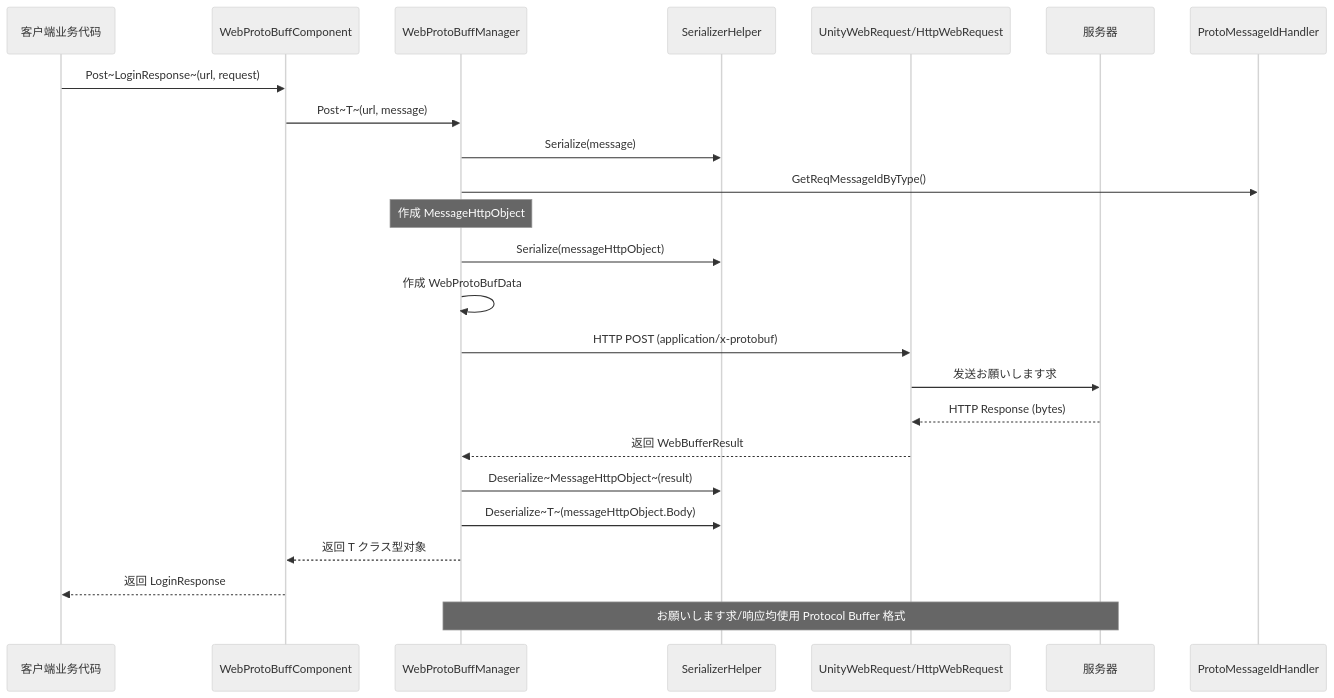
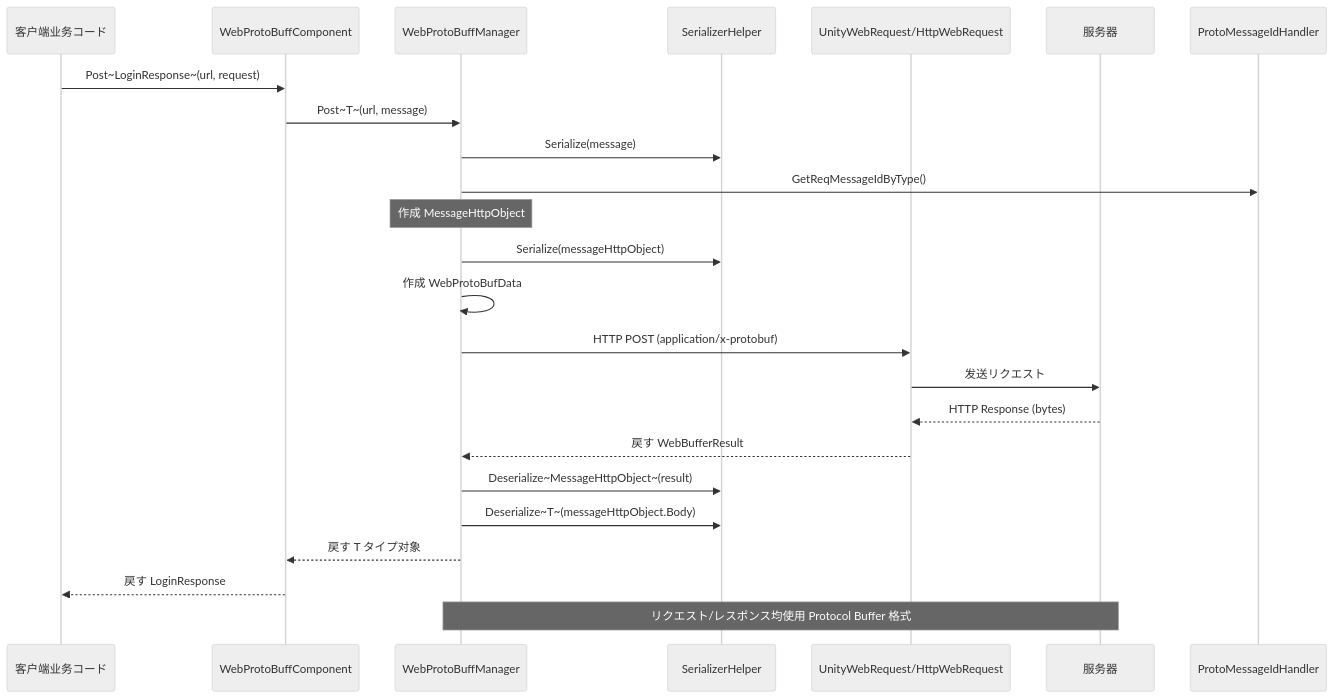
One commit to AlianBlank/GameFrameX.Docs changed the second of 2 diagrams in docs/ja/client/unity/component/web-protobuff/10.message-definition.md. Above: the diagram before and after it, drawn with Mermaid (neutral theme). The commit also changed other lines of this file and 320 other files, not shown here.

````diff
--- a/docs/ja/client/unity/component/web-protobuff/10.message-definition.md
+++ b/docs/ja/client/unity/component/web-protobuff/10.message-definition.md
@@ -59,32 +59,32 @@
 ```mermaid
 sequenceDiagram
-    participant Client as 客户端业务代码
+    participant Client as 客户端业务コード
     participant Component as WebProtoBuffComponent
     participant Manager as WebProtoBuffManager
     participant Serializer as SerializerHelper
     participant Network as UnityWebRequest/HttpWebRequest
     participant Server as 服务器
 
     Client->>Component: Post~LoginResponse~(url, request)
     Component->>Manager: Post~T~(url, message)
     
     Manager->>Serializer: Serialize(message)
     Manager->>ProtoMessageIdHandler: GetReqMessageIdByType()
     
     Note over Manager: 作成 MessageHttpObject
     Manager->>Serializer: Serialize(messageHttpObject)
     Manager->>Manager: 作成 WebProtoBufData
     
     Manager->>Network: HTTP POST (application/x-protobuf)
-    Network->>Server: 发送お願いします求
+    Network->>Server: 发送リクエスト
     
     Server-->>Network: HTTP Response (bytes)
-    Network-->>Manager: 返回 WebBufferResult
+    Network-->>Manager: 戻す WebBufferResult
     
     Manager->>Serializer: Deserialize~MessageHttpObject~(result)
     Manager->>Serializer: Deserialize~T~(messageHttpObject.Body)
-    Manager-->>Component: 返回 T クラス型对象
-    Component-->>Client: 返回 LoginResponse
+    Manager-->>Component: 戻す T タイプ对象
+    Component-->>Client: 戻す LoginResponse
     
-    Note over Manager,Server: お願いします求/响应均使用 Protocol Buffer 格式
+    Note over Manager,Server: リクエスト/レスポンス均使用 Protocol Buffer 格式
 ```
````
